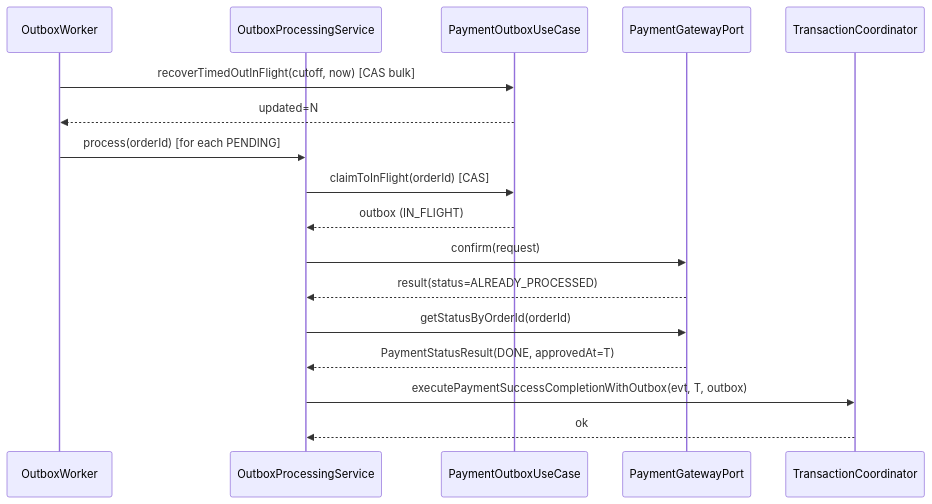
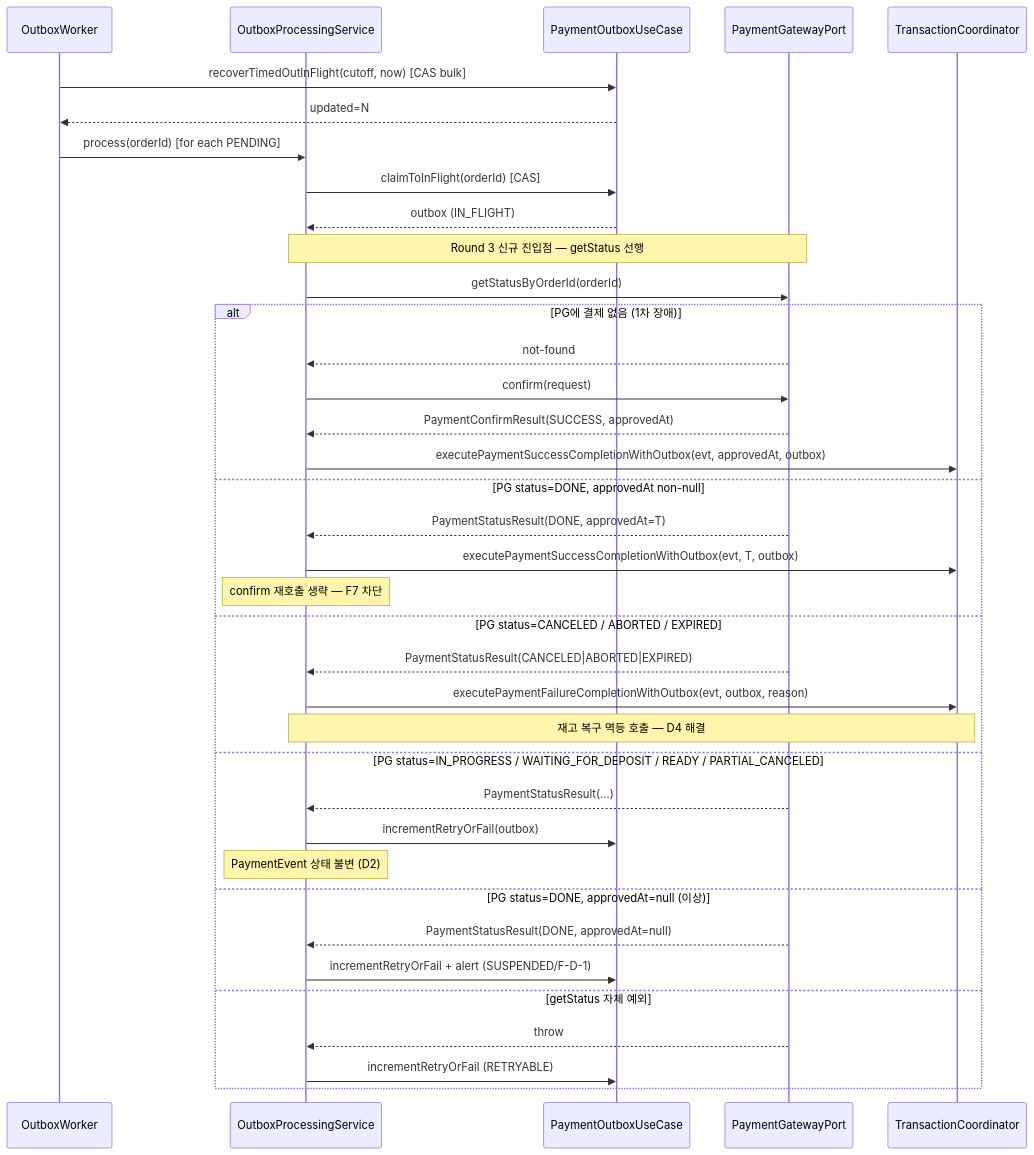
The third of 3 diagrams in docs/topics/PAYMENT-DOUBLE-FAULT-RECOVERY.md (hyoguoo/payment-platform), drawn with Mermaid before and after one commit. The commit also changed other lines of this file and 4 other files, not shown here.

Commit message:
docs: PAYMENT-DOUBLE-FAULT-RECOVERY discuss 재진입 — 대안 C(getStatus 선행) 전환

````diff
--- a/docs/topics/PAYMENT-DOUBLE-FAULT-RECOVERY.md
+++ b/docs/topics/PAYMENT-DOUBLE-FAULT-RECOVERY.md
@@ -198,20 +264,41 @@
 ```mermaid
 sequenceDiagram
     participant W as OutboxWorker
     participant PS as OutboxProcessingService
     participant OU as PaymentOutboxUseCase
     participant PG as PaymentGatewayPort
     participant TC as TransactionCoordinator
 
     W->>OU: recoverTimedOutInFlight(cutoff, now) [CAS bulk]
     OU-->>W: updated=N
     W->>PS: process(orderId) [for each PENDING]
     PS->>OU: claimToInFlight(orderId) [CAS]
     OU-->>PS: outbox (IN_FLIGHT)
-    PS->>PG: confirm(request)
-    PG-->>PS: result(status=ALREADY_PROCESSED)
+
+    Note over PS,PG: Round 3 신규 진입점 — getStatus 선행
     PS->>PG: getStatusByOrderId(orderId)
-    PG-->>PS: PaymentStatusResult(DONE, approvedAt=T)
-    PS->>TC: executePaymentSuccessCompletionWithOutbox(evt, T, outbox)
-    TC-->>PS: ok
+    alt PG에 결제 없음 (1차 장애)
+        PG-->>PS: not-found
+        PS->>PG: confirm(request)
+        PG-->>PS: PaymentConfirmResult(SUCCESS, approvedAt)
+        PS->>TC: executePaymentSuccessCompletionWithOutbox(evt, approvedAt, outbox)
+    else PG status=DONE, approvedAt non-null
+        PG-->>PS: PaymentStatusResult(DONE, approvedAt=T)
+        PS->>TC: executePaymentSuccessCompletionWithOutbox(evt, T, outbox)
+        Note over PS: confirm 재호출 생략 — F7 차단
+    else PG status=CANCELED / ABORTED / EXPIRED
+        PG-->>PS: PaymentStatusResult(CANCELED|ABORTED|EXPIRED)
+        PS->>TC: executePaymentFailureCompletionWithOutbox(evt, outbox, reason)
+        Note over PS,TC: 재고 복구 멱등 호출 — D4 해결
+    else PG status=IN_PROGRESS / WAITING_FOR_DEPOSIT / READY / PARTIAL_CANCELED
+        PG-->>PS: PaymentStatusResult(...)
+        PS->>OU: incrementRetryOrFail(outbox)
+        Note over PS: PaymentEvent 상태 불변 (D2)
+    else PG status=DONE, approvedAt=null (이상)
+        PG-->>PS: PaymentStatusResult(DONE, approvedAt=null)
+        PS->>OU: incrementRetryOrFail + alert (SUSPENDED/F-D-1)
+    else getStatus 자체 예외
+        PG-->>PS: throw
+        PS->>OU: incrementRetryOrFail (RETRYABLE)
+    end
 ```
````
